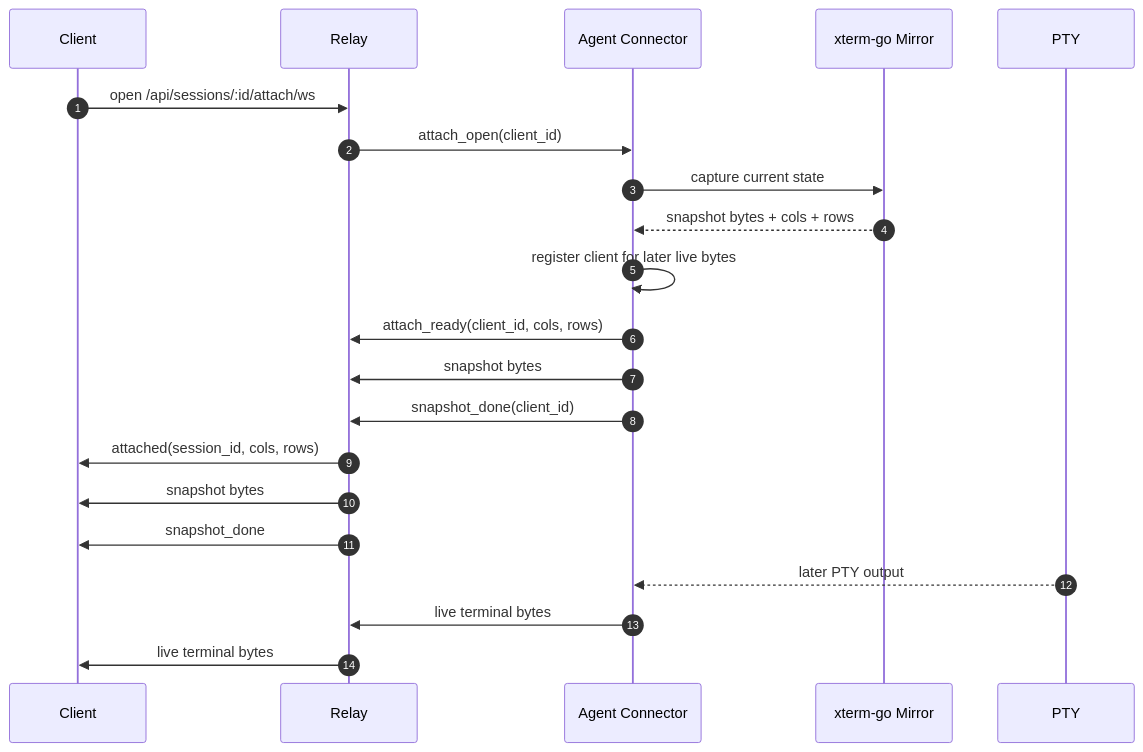
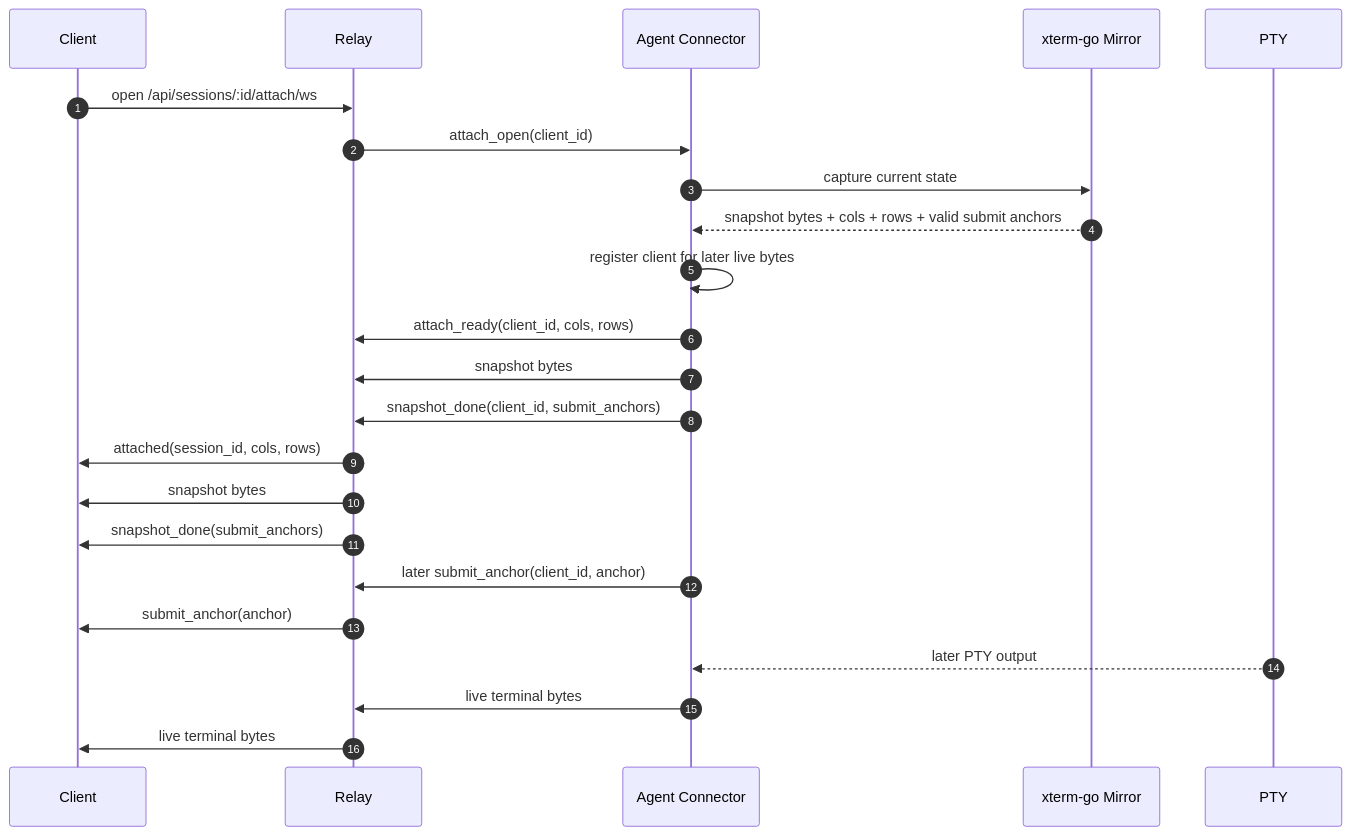
Before and after one commit to yuanbohan/agent-tunnel: the third of 7 diagrams in docs/tui-attach-flow.md, drawn with Mermaid. The commit also changed other lines of this file and 19 other files, not shown here.

First line of the commit message:
feat(attach): add submit anchor recovery and live updates (#92)

````diff
--- a/docs/tui-attach-flow.md
+++ b/docs/tui-attach-flow.md
@@ -130,24 +131,26 @@
 ```mermaid
 sequenceDiagram
   autonumber
   participant C as Client
   participant R as Relay
   participant A as Agent Connector
   participant M as xterm-go Mirror
   participant P as PTY
 
   C->>R: open /api/sessions/:id/attach/ws
   R->>A: attach_open(client_id)
   A->>M: capture current state
-  M-->>A: snapshot bytes + cols + rows
+  M-->>A: snapshot bytes + cols + rows + valid submit anchors
   A->>A: register client for later live bytes
   A->>R: attach_ready(client_id, cols, rows)
   A->>R: snapshot bytes
-  A->>R: snapshot_done(client_id)
+  A->>R: snapshot_done(client_id, submit_anchors)
   R->>C: attached(session_id, cols, rows)
   R->>C: snapshot bytes
-  R->>C: snapshot_done
+  R->>C: snapshot_done(submit_anchors)
+  A->>R: later submit_anchor(client_id, anchor)
+  R->>C: submit_anchor(anchor)
   P-->>A: later PTY output
   A->>R: live terminal bytes
   R->>C: live terminal bytes
 ```
````
